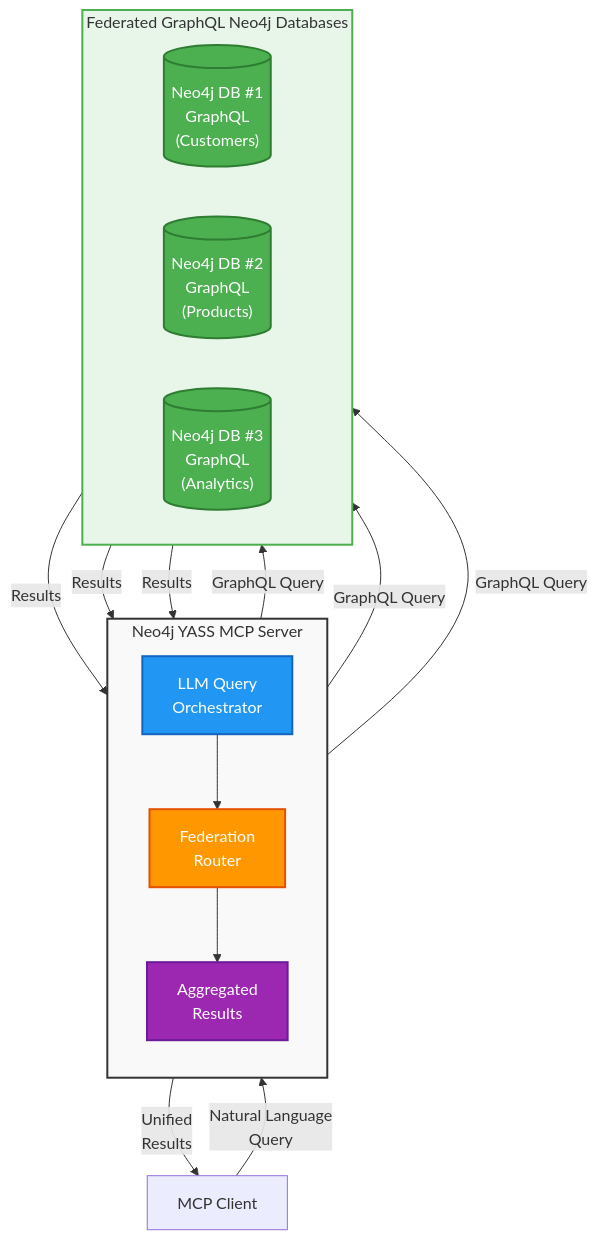
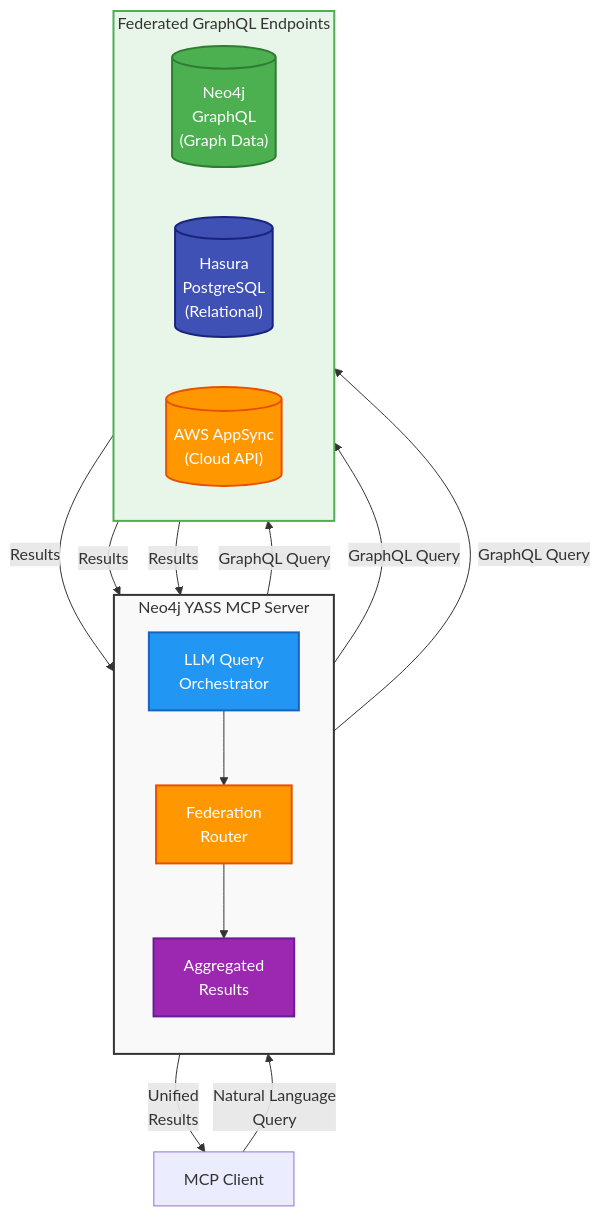
Before and after one commit to hdjebar/neo4j-yass-mcp: the second of 2 diagrams in docs/BUSINESS_CASE.md, drawn with Mermaid. The commit also changed other lines of this file and 1 other file, not shown here.

First line of the commit message:
docs: Expand GraphQL Federation to ANY GraphQL endpoint, not just Neo4j

````diff
--- a/docs/BUSINESS_CASE.md
+++ b/docs/BUSINESS_CASE.md
@@ -773,39 +782,39 @@
 ```mermaid
 flowchart TB
     Client["MCP Client"]
 
     subgraph Server["Neo4j YASS MCP Server"]
         direction TB
         Orchestrator["LLM Query<br/>Orchestrator"]
         Router["Federation<br/>Router"]
         Aggregator["Aggregated<br/>Results"]
 
         Orchestrator --> Router
         Router --> Aggregator
     end
 
-    subgraph Federation["Federated GraphQL Neo4j Databases"]
+    subgraph Federation["Federated GraphQL Endpoints"]
         direction LR
-        DB1[("Neo4j DB #1<br/>GraphQL<br/>(Customers)")]
-        DB2[("Neo4j DB #2<br/>GraphQL<br/>(Products)")]
-        DB3[("Neo4j DB #3<br/>GraphQL<br/>(Analytics)")]
+        Neo4j[("Neo4j<br/>GraphQL<br/>(Graph Data)")]
+        Hasura[("Hasura<br/>PostgreSQL<br/>(Relational)")]
+        AppSync[("AWS AppSync<br/>(Cloud API)")]
     end
 
     Client -->|"Natural Language<br/>Query"| Orchestrator
-    Router -->|GraphQL Query| DB1
-    Router -->|GraphQL Query| DB2
-    Router -->|GraphQL Query| DB3
-    DB1 -->|Results| Aggregator
-    DB2 -->|Results| Aggregator
-    DB3 -->|Results| Aggregator
+    Router -->|GraphQL Query| Neo4j
+    Router -->|GraphQL Query| Hasura
+    Router -->|GraphQL Query| AppSync
+    Neo4j -->|Results| Aggregator
+    Hasura -->|Results| Aggregator
+    AppSync -->|Results| Aggregator
     Aggregator -->|"Unified<br/>Results"| Client
 
     style Server fill:#f9f9f9,stroke:#333,stroke-width:2px
     style Federation fill:#e8f5e9,stroke:#4CAF50,stroke-width:2px
     style Orchestrator fill:#2196F3,stroke:#1565C0,stroke-width:2px,color:#fff
     style Router fill:#FF9800,stroke:#E65100,stroke-width:2px,color:#fff
     style Aggregator fill:#9C27B0,stroke:#6A1B9A,stroke-width:2px,color:#fff
-    style DB1 fill:#4CAF50,stroke:#2E7D32,stroke-width:2px,color:#fff
-    style DB2 fill:#4CAF50,stroke:#2E7D32,stroke-width:2px,color:#fff
-    style DB3 fill:#4CAF50,stroke:#2E7D32,stroke-width:2px,color:#fff
+    style Neo4j fill:#4CAF50,stroke:#2E7D32,stroke-width:2px,color:#fff
+    style Hasura fill:#3F51B5,stroke:#1A237E,stroke-width:2px,color:#fff
+    style AppSync fill:#FF9800,stroke:#E65100,stroke-width:2px,color:#fff
 ```
````
